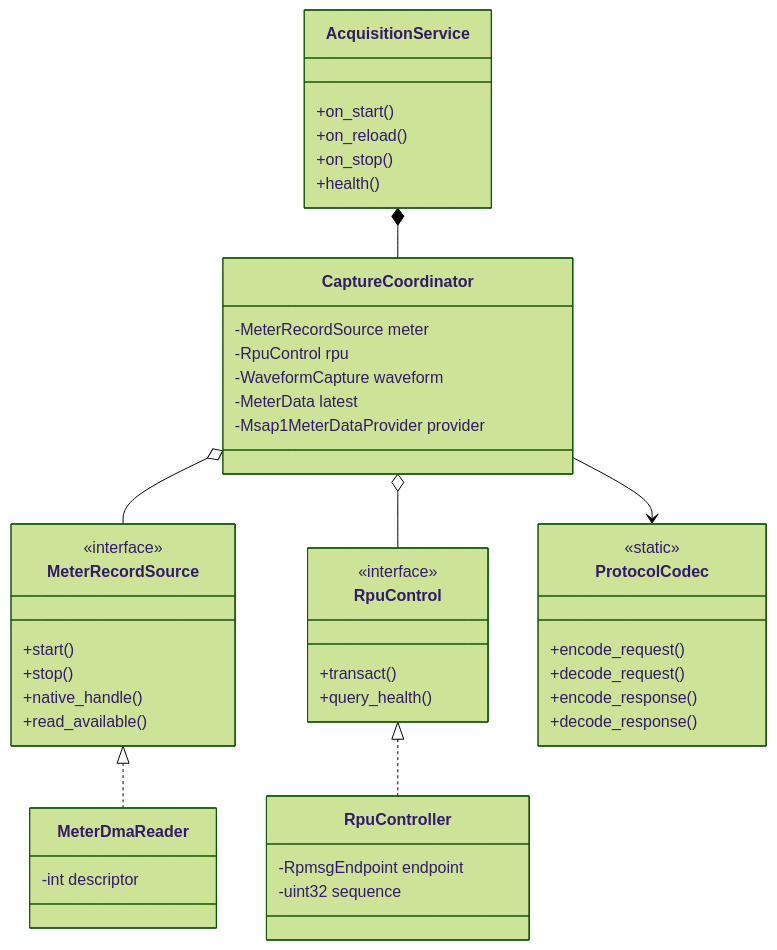
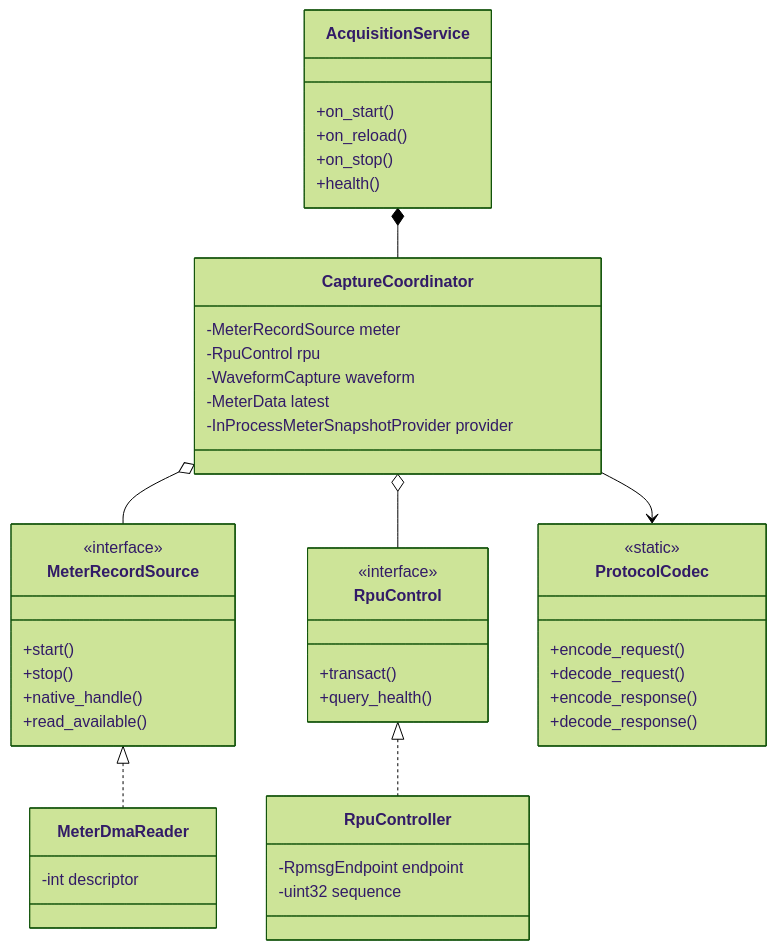
The third of 4 diagrams in docs/System_Architecture/IPC_SERVICE_ARCHITECTURE.md (Monutchee/MSAP1_APU), drawn with Mermaid (forest theme) before and after one commit. The commit also changed other lines of this file and 41 other files, not shown here.

Commit message:
refactor(meter): unify snapshot and stream providers

````diff
--- a/docs/System_Architecture/IPC_SERVICE_ARCHITECTURE.md
+++ b/docs/System_Architecture/IPC_SERVICE_ARCHITECTURE.md
@@ -151,49 +152,49 @@
 ```mermaid
 classDiagram
     class AcquisitionService {
         +on_start()
         +on_reload()
         +on_stop()
         +health()
     }
     class CaptureCoordinator {
         -MeterRecordSource meter
         -RpuControl rpu
         -WaveformCapture waveform
         -MeterData latest
-        -Msap1MeterDataProvider provider
+        -InProcessMeterSnapshotProvider provider
     }
     class MeterRecordSource {
         <<interface>>
         +start()
         +stop()
         +native_handle()
         +read_available()
     }
     class MeterDmaReader {
         -int descriptor
     }
     class RpuControl {
         <<interface>>
         +transact()
         +query_health()
     }
     class RpuController {
         -RpmsgEndpoint endpoint
         -uint32 sequence
     }
     class ProtocolCodec {
         <<static>>
         +encode_request()
         +decode_request()
         +encode_response()
         +decode_response()
     }
 
     AcquisitionService *-- CaptureCoordinator
     CaptureCoordinator o-- MeterRecordSource
     CaptureCoordinator o-- RpuControl
     MeterRecordSource <|.. MeterDmaReader
     RpuControl <|.. RpuController
     CaptureCoordinator --> ProtocolCodec
 ```
````
